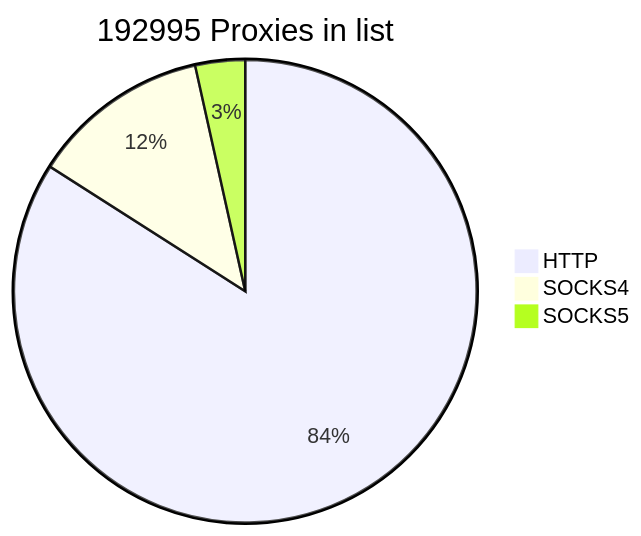
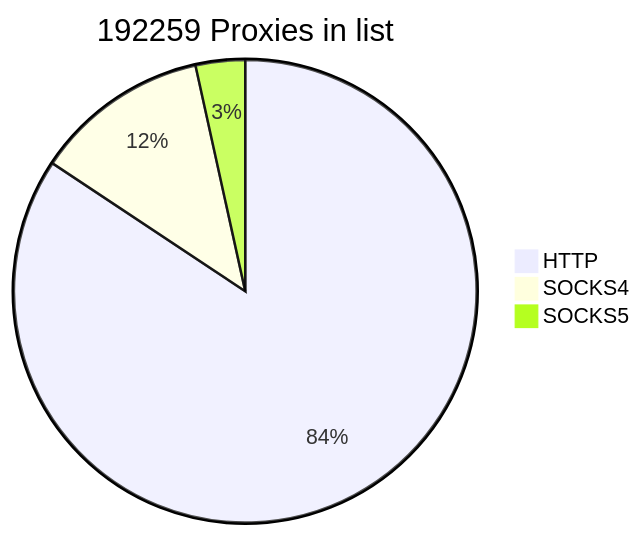
One commit to cutipu/proxylist changed the first of 2 diagrams in README.md. Above: the diagram before and after it, drawn with Mermaid. The commit also changed other lines of this file, not shown here.

````diff
--- a/README.md
+++ b/README.md
@@ -2,7 +2,7 @@
 ```mermaid
-pie title 192995 Proxies in list
-    "HTTP" : 162196
-    "SOCKS4" : 24085
-    "SOCKS5" : 6714
+pie title 192259 Proxies in list
+    "HTTP" : 162129
+    "SOCKS4" : 23494
+    "SOCKS5" : 6636
             
 ```
````
